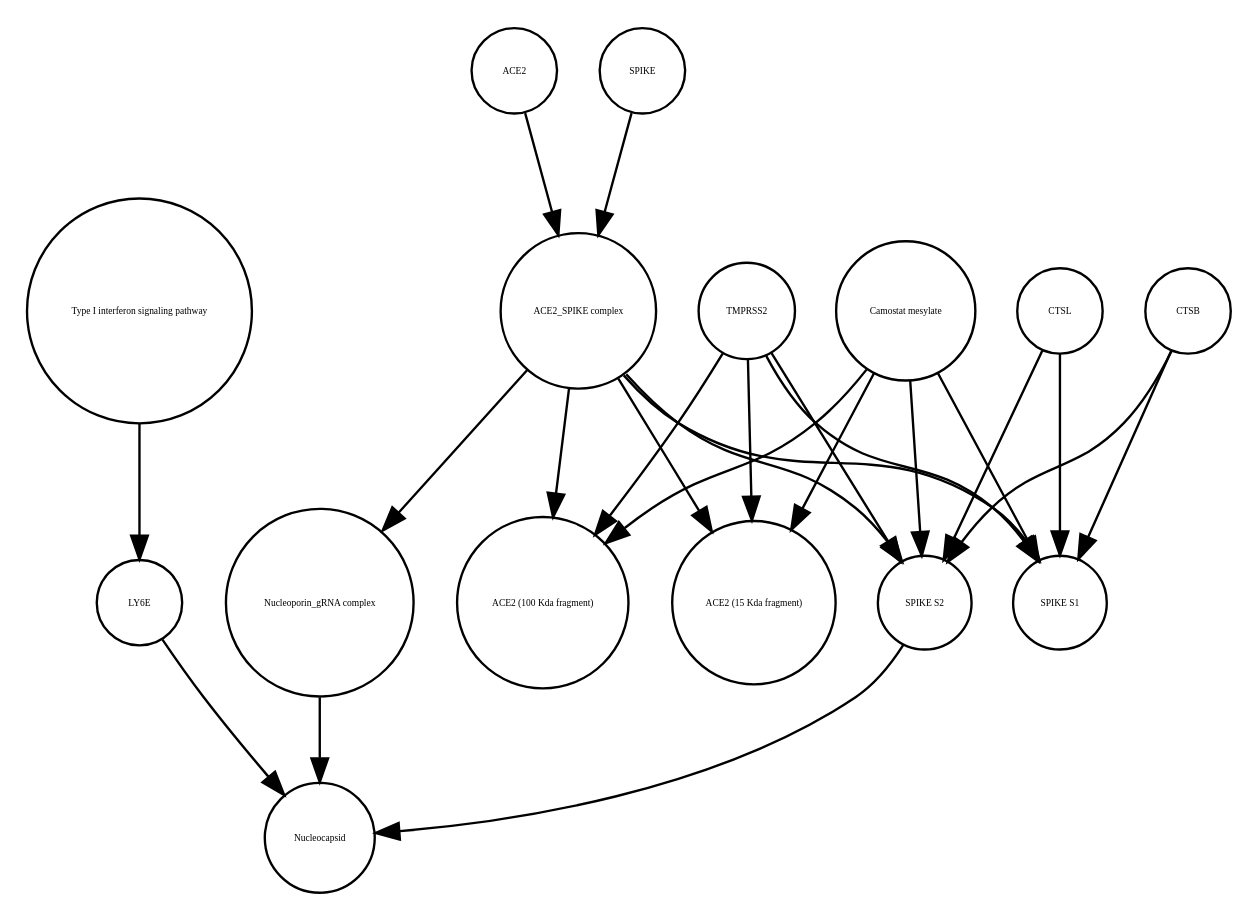
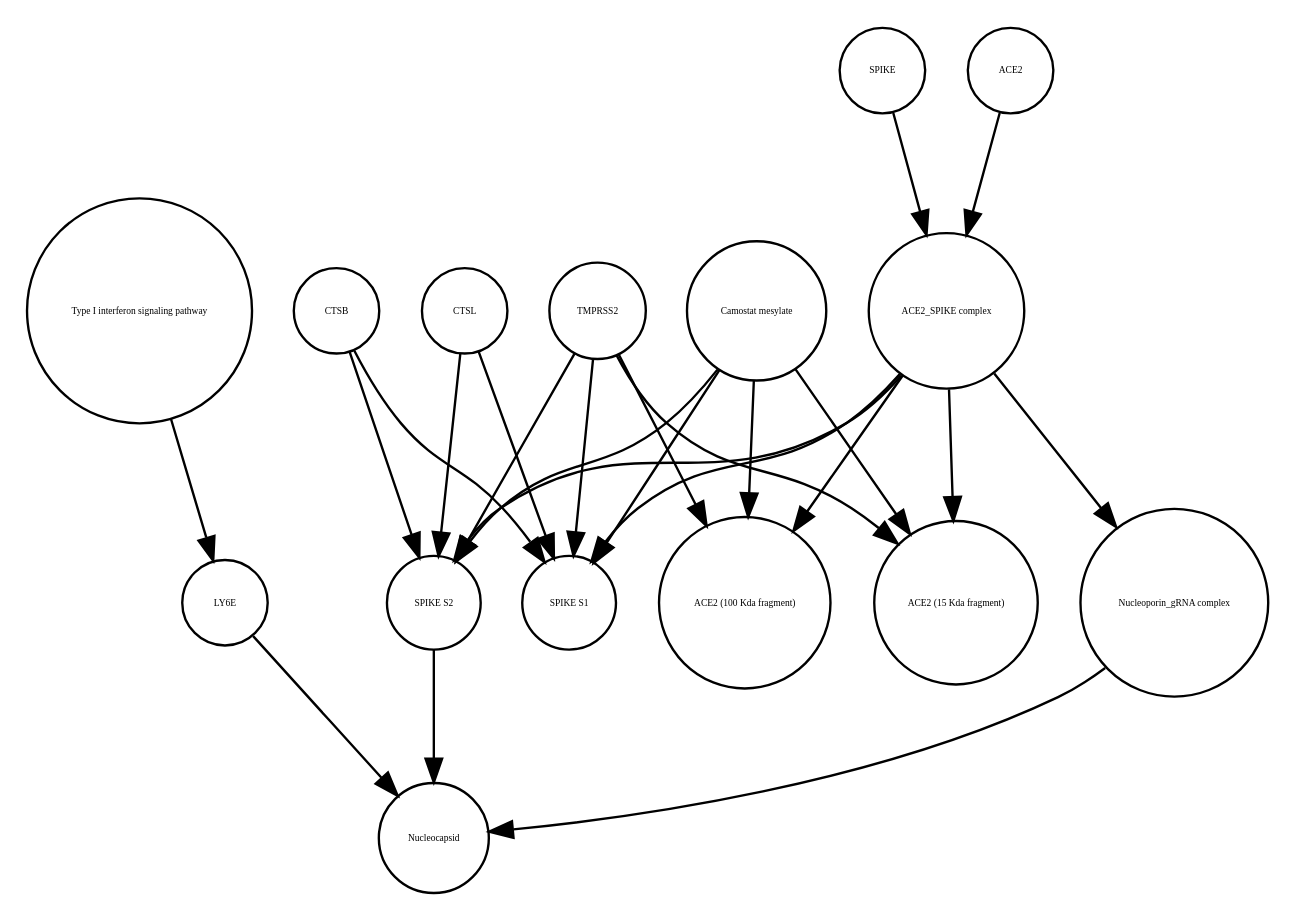
One commit to cannin/covid19-sbgn changed the diagram in Virus_replication_cycle_V02.xml_projected.dot. Above: the diagram before and after it, drawn with Graphviz. The commit also changed other lines of this file and 637 other files, not shown here.

```diff
--- a/Virus_replication_cycle_V02.xml_projected.dot
+++ b/Virus_replication_cycle_V02.xml_projected.dot
@@ -1,40 +1,40 @@
 strict digraph  {
 "Type I interferon signaling pathway" [annotation="", bipartite=0, cls=phenotype, fontsize=4, label="Type I interferon signaling pathway", shape=circle];
 LY6E [annotation="", bipartite=0, cls=macromolecule, fontsize=4, label=LY6E, shape=circle];
 TMPRSS2 [annotation="", bipartite=0, cls=macromolecule, fontsize=4, label=TMPRSS2, shape=circle];
 "SPIKE S1" [annotation="", bipartite=0, cls=macromolecule, fontsize=4, label="SPIKE S1", shape=circle];
-"Camostat mesylate" [annotation="urn_miriam_pubchem.compound_2536", bipartite=0, cls="simple chemical", fontsize=4, label="Camostat mesylate", shape=circle];
+SPIKE [annotation="", bipartite=0, cls="macromolecule multimer", fontsize=4, label=SPIKE, shape=circle];
+Nucleocapsid [annotation="", bipartite=0, cls=complex, fontsize=4, label=Nucleocapsid, shape=circle];
 ACE2 [annotation="", bipartite=0, cls=macromolecule, fontsize=4, label=ACE2, shape=circle];
 CTSL [annotation="", bipartite=0, cls=macromolecule, fontsize=4, label=CTSL, shape=circle];
+"ACE2 (100 Kda fragment)" [annotation="", bipartite=0, cls=macromolecule, fontsize=4, label="ACE2 (100 Kda fragment)", shape=circle];
 "Nucleoporin_gRNA complex " [annotation="", bipartite=0, cls=complex, fontsize=4, label="Nucleoporin_gRNA complex ", shape=circle];
+"ACE2_SPIKE complex" [annotation="", bipartite=0, cls=complex, fontsize=4, label="ACE2_SPIKE complex", shape=circle];
+"Camostat mesylate" [annotation="urn_miriam_pubchem.compound_2536", bipartite=0, cls="simple chemical", fontsize=4, label="Camostat mesylate", shape=circle];
+"ACE2 (15 Kda fragment)" [annotation="", bipartite=0, cls=macromolecule, fontsize=4, label="ACE2 (15 Kda fragment)", shape=circle];
+CTSB [annotation="", bipartite=0, cls=macromolecule, fontsize=4, label=CTSB, shape=circle];
 "SPIKE S2" [annotation="", bipartite=0, cls=macromolecule, fontsize=4, label="SPIKE S2", shape=circle];
-SPIKE [annotation="", bipartite=0, cls="macromolecule multimer", fontsize=4, label=SPIKE, shape=circle];
-"ACE2_SPIKE complex" [annotation="", bipartite=0, cls=complex, fontsize=4, label="ACE2_SPIKE complex", shape=circle];
-CTSB [annotation="", bipartite=0, cls=macromolecule, fontsize=4, label=CTSB, shape=circle];
-"ACE2 (100 Kda fragment)" [annotation="", bipartite=0, cls=macromolecule, fontsize=4, label="ACE2 (100 Kda fragment)", shape=circle];
-Nucleocapsid [annotation="", bipartite=0, cls=complex, fontsize=4, label=Nucleocapsid, shape=circle];
-"ACE2 (15 Kda fragment)" [annotation="", bipartite=0, cls=macromolecule, fontsize=4, label="ACE2 (15 Kda fragment)", shape=circle];
 "Type I interferon signaling pathway" -> LY6E  [annotation="", interaction_type=stimulation];
 LY6E -> Nucleocapsid  [annotation="urn_miriam_doi_10.1101%2F2020.03.05.979260|urn_miriam_doi_10.1101%2F2020.04.02.021469", interaction_type=inhibition];
 TMPRSS2 -> "ACE2 (100 Kda fragment)"  [annotation="urn_miriam_pubmed_32142651|urn_miriam_pubmed_32094589|urn_miriam_pubmed_24227843", interaction_type=catalysis];
+TMPRSS2 -> "SPIKE S1"  [annotation="urn_miriam_pubmed_32142651|urn_miriam_pubmed_32094589|urn_miriam_pubmed_24227843", interaction_type=catalysis];
 TMPRSS2 -> "ACE2 (15 Kda fragment)"  [annotation="urn_miriam_pubmed_32142651|urn_miriam_pubmed_32094589|urn_miriam_pubmed_24227843", interaction_type=catalysis];
 TMPRSS2 -> "SPIKE S2"  [annotation="urn_miriam_pubmed_32142651|urn_miriam_pubmed_32094589|urn_miriam_pubmed_24227843", interaction_type=catalysis];
-TMPRSS2 -> "SPIKE S1"  [annotation="urn_miriam_pubmed_32142651|urn_miriam_pubmed_32094589|urn_miriam_pubmed_24227843", interaction_type=catalysis];
+SPIKE -> "ACE2_SPIKE complex"  [annotation="", interaction_type=production];
+ACE2 -> "ACE2_SPIKE complex"  [annotation="", interaction_type=production];
+CTSL -> "SPIKE S1"  [annotation=urn_miriam_pubmed_32142651, interaction_type=catalysis];
+CTSL -> "SPIKE S2"  [annotation=urn_miriam_pubmed_32142651, interaction_type=catalysis];
+"Nucleoporin_gRNA complex " -> Nucleocapsid  [annotation="", interaction_type=production];
+"ACE2_SPIKE complex" -> "SPIKE S1"  [annotation="", interaction_type=production];
+"ACE2_SPIKE complex" -> "ACE2 (100 Kda fragment)"  [annotation="", interaction_type=production];
+"ACE2_SPIKE complex" -> "ACE2 (15 Kda fragment)"  [annotation="", interaction_type=production];
+"ACE2_SPIKE complex" -> "SPIKE S2"  [annotation="", interaction_type=production];
+"ACE2_SPIKE complex" -> "Nucleoporin_gRNA complex "  [annotation="urn_miriam_pubmed_32142651|urn_miriam_pubmed_32094589", interaction_type=stimulation];
 "Camostat mesylate" -> "ACE2 (100 Kda fragment)"  [annotation="urn_miriam_pubmed_32142651|urn_miriam_pubmed_32094589|urn_miriam_pubmed_24227843", interaction_type=inhibition];
+"Camostat mesylate" -> "SPIKE S1"  [annotation="urn_miriam_pubmed_32142651|urn_miriam_pubmed_32094589|urn_miriam_pubmed_24227843", interaction_type=inhibition];
 "Camostat mesylate" -> "ACE2 (15 Kda fragment)"  [annotation="urn_miriam_pubmed_32142651|urn_miriam_pubmed_32094589|urn_miriam_pubmed_24227843", interaction_type=inhibition];
 "Camostat mesylate" -> "SPIKE S2"  [annotation="urn_miriam_pubmed_32142651|urn_miriam_pubmed_32094589|urn_miriam_pubmed_24227843", interaction_type=inhibition];
-"Camostat mesylate" -> "SPIKE S1"  [annotation="urn_miriam_pubmed_32142651|urn_miriam_pubmed_32094589|urn_miriam_pubmed_24227843", interaction_type=inhibition];
-ACE2 -> "ACE2_SPIKE complex"  [annotation="", interaction_type=production];
-CTSL -> "SPIKE S2"  [annotation=urn_miriam_pubmed_32142651, interaction_type=catalysis];
-CTSL -> "SPIKE S1"  [annotation=urn_miriam_pubmed_32142651, interaction_type=catalysis];
-"Nucleoporin_gRNA complex " -> Nucleocapsid  [annotation="", interaction_type=production];
+CTSB -> "SPIKE S1"  [annotation=urn_miriam_pubmed_32142651, interaction_type=catalysis];
+CTSB -> "SPIKE S2"  [annotation=urn_miriam_pubmed_32142651, interaction_type=catalysis];
 "SPIKE S2" -> Nucleocapsid  [annotation="urn_miriam_doi_10.1101%2F2020.03.05.979260|urn_miriam_doi_10.1101%2F2020.04.02.021469", interaction_type=stimulation];
-SPIKE -> "ACE2_SPIKE complex"  [annotation="", interaction_type=production];
-"ACE2_SPIKE complex" -> "SPIKE S1"  [annotation="", interaction_type=production];
-"ACE2_SPIKE complex" -> "SPIKE S2"  [annotation="", interaction_type=production];
-"ACE2_SPIKE complex" -> "ACE2 (100 Kda fragment)"  [annotation="", interaction_type=production];
-"ACE2_SPIKE complex" -> "ACE2 (15 Kda fragment)"  [annotation="", interaction_type=production];
-"ACE2_SPIKE complex" -> "Nucleoporin_gRNA complex "  [annotation="urn_miriam_pubmed_32142651|urn_miriam_pubmed_32094589", interaction_type=stimulation];
-CTSB -> "SPIKE S2"  [annotation=urn_miriam_pubmed_32142651, interaction_type=catalysis];
-CTSB -> "SPIKE S1"  [annotation=urn_miriam_pubmed_32142651, interaction_type=catalysis];
 }
```
